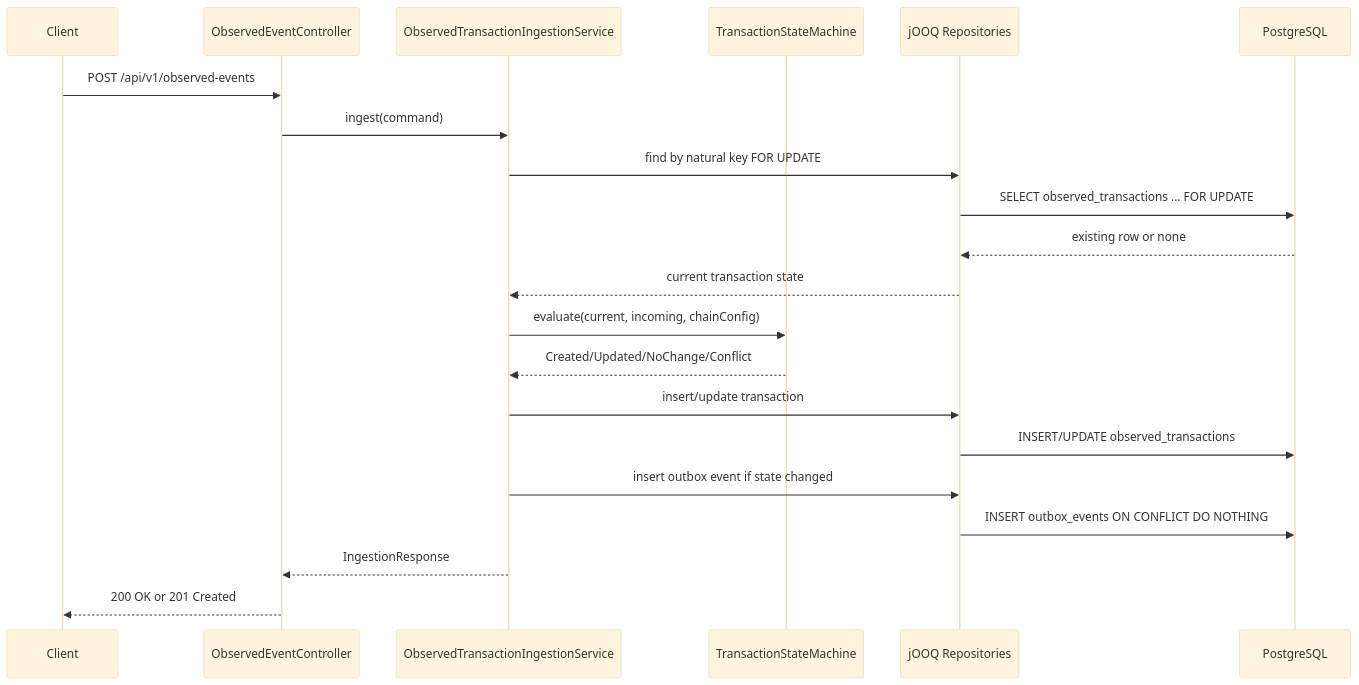
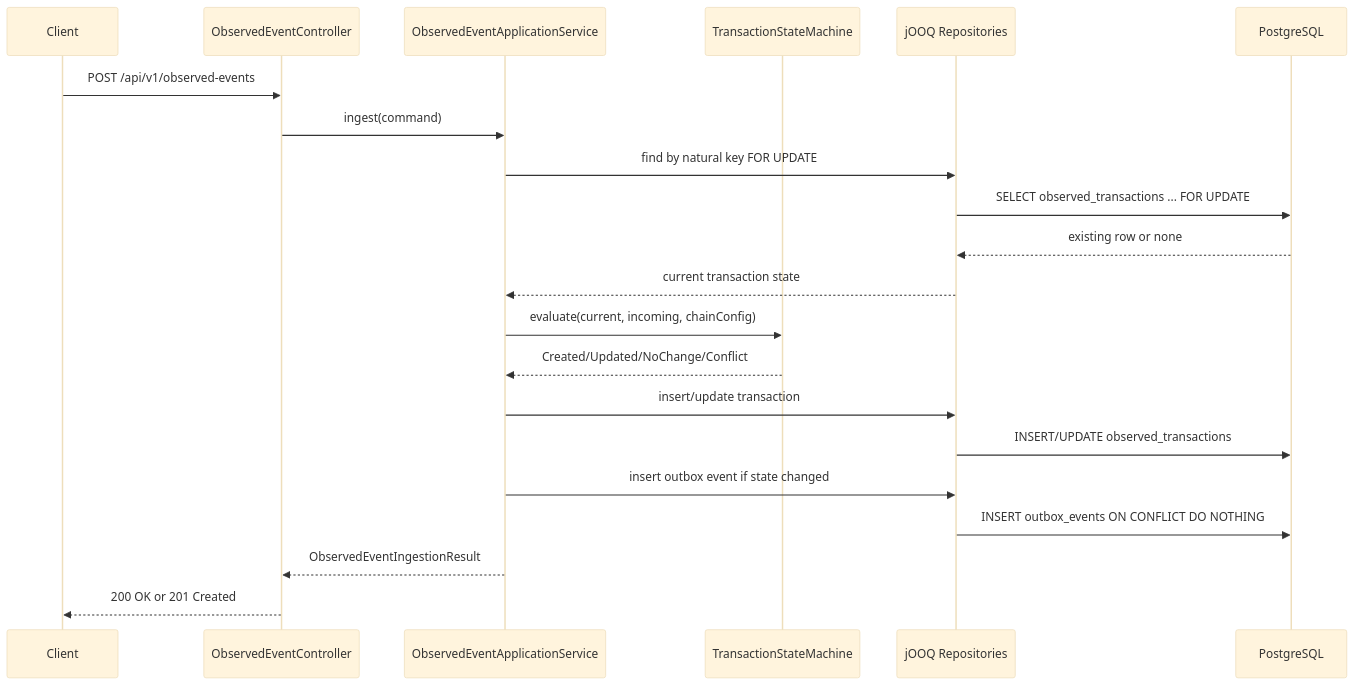
Before and after one commit to AsyncAssassin/asset-sync-service: the fourth of 8 diagrams in docs/architecture.md, drawn with Mermaid (base theme). The commit also changed other lines of this file and 3 other files, not shown here.

````diff
--- a/docs/architecture.md
+++ b/docs/architecture.md
@@ -278,24 +279,24 @@
 ```mermaid
 sequenceDiagram
     participant Client
     participant API as ObservedEventController
-    participant Ingest as ObservedTransactionIngestionService
+    participant Ingest as ObservedEventApplicationService
     participant Domain as TransactionStateMachine
     participant Repo as jOOQ Repositories
     participant DB as PostgreSQL
 
     Client->>API: POST /api/v1/observed-events
     API->>Ingest: ingest(command)
     Ingest->>Repo: find by natural key FOR UPDATE
     Repo->>DB: SELECT observed_transactions ... FOR UPDATE
     DB-->>Repo: existing row or none
     Repo-->>Ingest: current transaction state
     Ingest->>Domain: evaluate(current, incoming, chainConfig)
     Domain-->>Ingest: Created/Updated/NoChange/Conflict
     Ingest->>Repo: insert/update transaction
     Repo->>DB: INSERT/UPDATE observed_transactions
     Ingest->>Repo: insert outbox event if state changed
     Repo->>DB: INSERT outbox_events ON CONFLICT DO NOTHING
-    Ingest-->>API: IngestionResponse
+    Ingest-->>API: ObservedEventIngestionResult
     API-->>Client: 200 OK or 201 Created
 ```
````
